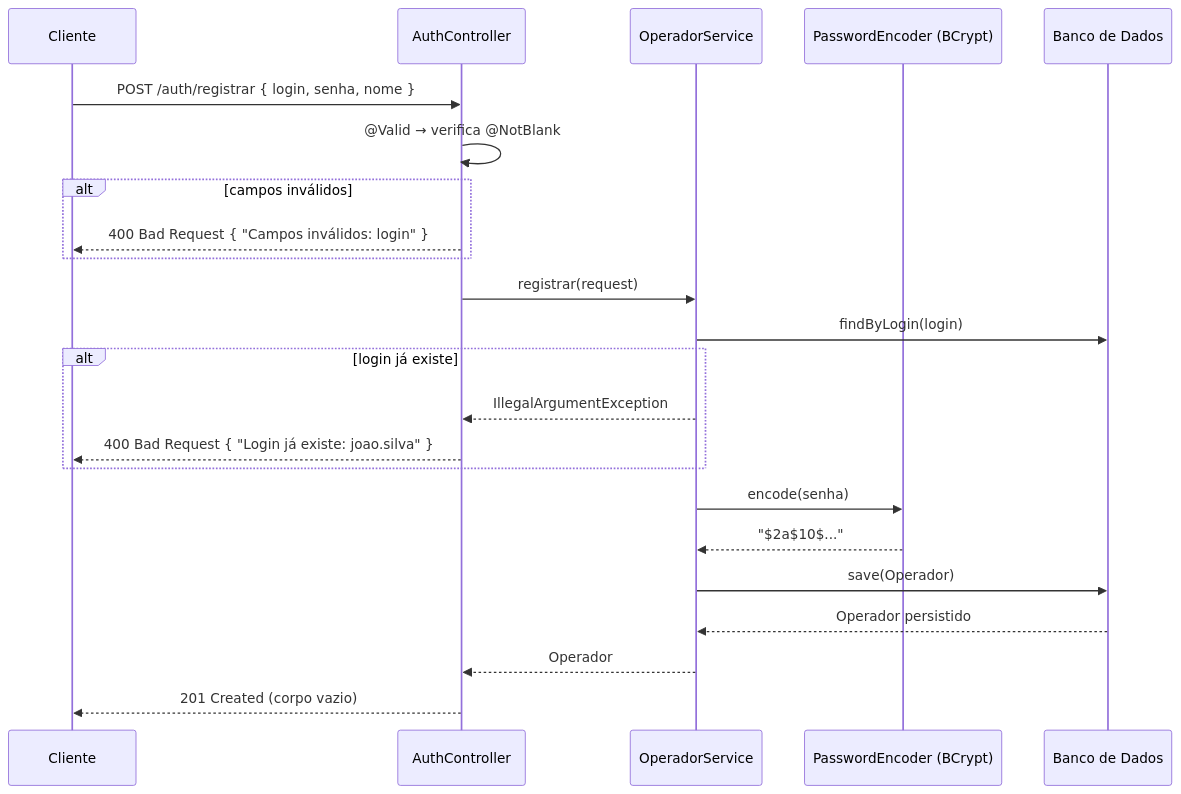
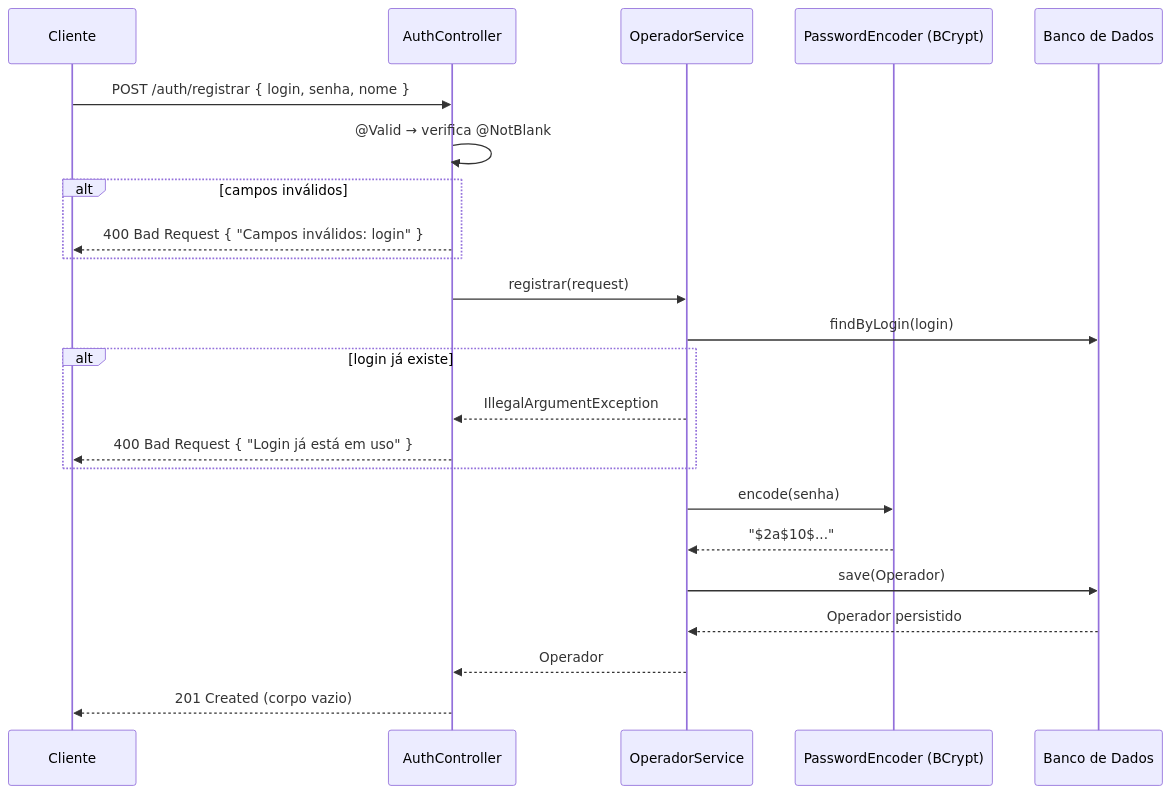
The second of 2 diagrams in docs/Auth.md (pedrinzz10/satmonitor), drawn with Mermaid before and after one commit. The commit also changed other lines of this file and 5 other files, not shown here.

````diff
--- a/docs/Auth.md
+++ b/docs/Auth.md
@@ -581,26 +593,26 @@
 ```mermaid
 sequenceDiagram
     participant C as Cliente
     participant AC as AuthController
     participant OS as OperadorService
     participant PE as PasswordEncoder (BCrypt)
     participant DB as Banco de Dados
 
     C->>AC: POST /auth/registrar { login, senha, nome }
     AC->>AC: @Valid → verifica @NotBlank
     alt campos inválidos
         AC-->>C: 400 Bad Request { "Campos inválidos: login" }
     end
     AC->>OS: registrar(request)
     OS->>DB: findByLogin(login)
     alt login já existe
         OS-->>AC: IllegalArgumentException
-        AC-->>C: 400 Bad Request { "Login já existe: joao.silva" }
+        AC-->>C: 400 Bad Request { "Login já está em uso" }
     end
     OS->>PE: encode(senha)
     PE-->>OS: "$2a$10$..."
     OS->>DB: save(Operador)
     DB-->>OS: Operador persistido
     OS-->>AC: Operador
     AC-->>C: 201 Created (corpo vazio)
 ```
````
